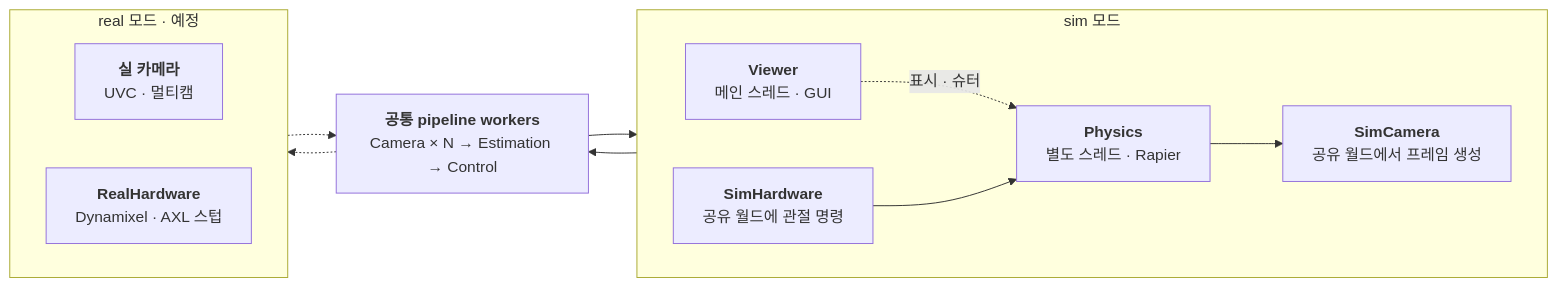
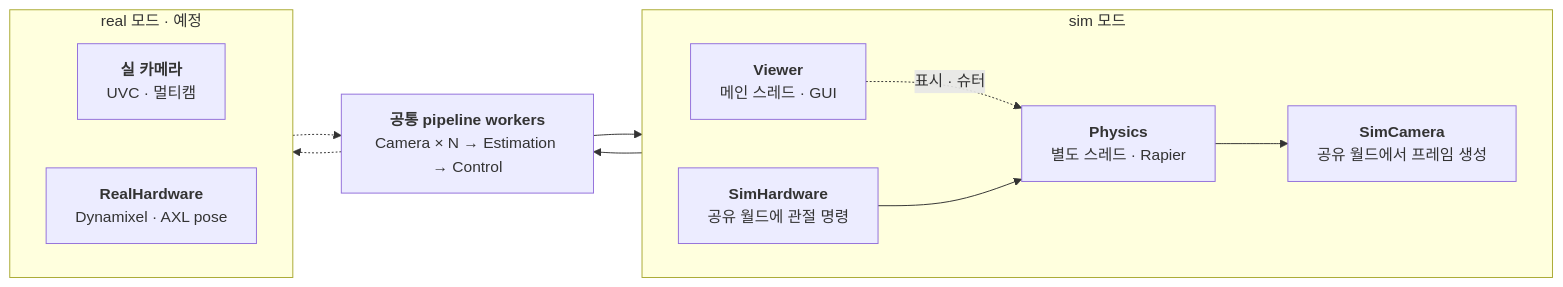
The third of 4 diagrams in README.md (luv-all/pingpong-bot), drawn with Mermaid before and after one commit. The commit also changed other lines of this file and 3 other files, not shown here.

Commit message:
docs: document AXL jog-rail and update hardware TODO

````diff
--- a/README.md
+++ b/README.md
@@ -198,24 +216,24 @@
 ```mermaid
 flowchart LR
   subgraph simSide ["sim 모드"]
     direction LR
     viewer["<b>Viewer</b><br/>메인 스레드 · GUI"]
     physics["<b>Physics</b><br/>별도 스레드 · Rapier"]
     simCamera["<b>SimCamera</b><br/>공유 월드에서 프레임 생성"]
     simHardware["<b>SimHardware</b><br/>공유 월드에 관절 명령"]
     viewer -.->|표시 · 슈터| physics
     physics --> simCamera
     simHardware --> physics
   end
 
   common["<b>공통 pipeline workers</b><br/>Camera × N → Estimation → Control"]
   simCamera --> common --> simHardware
 
   subgraph realSide ["real 모드 · 예정"]
     direction LR
     realCamera["<b>실 카메라</b><br/>UVC · 멀티캠"]
-    realHardware["<b>RealHardware</b><br/>Dynamixel · AXL 스텁"]
+    realHardware["<b>RealHardware</b><br/>Dynamixel · AXL pose"]
   end
 
   realCamera -.-> common -.-> realHardware
 ```
````
